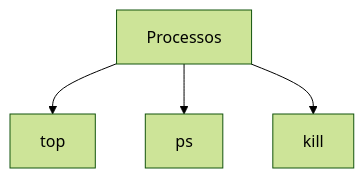
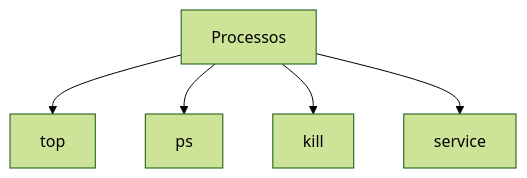
The sixth of 8 diagrams in linux/ComandosBasicos.md (jppreti/documents), drawn with Mermaid (forest theme) before and after one commit. The commit also changed other lines of this file, not shown here.

Commit message:
feat: adicionados novos comandos básicos do linux

````diff
--- a/linux/ComandosBasicos.md
+++ b/linux/ComandosBasicos.md
@@ -374,9 +438,11 @@
 ```mermaid
 flowchart TD
     Processos-->top
     Processos-->ps
     Processos-->kill
+    Processos-->service
     click top "https://github.com/jppreti/documents/blob/main/linux/ComandosBasicos.md#top"
     click ps "https://github.com/jppreti/documents/blob/main/linux/ComandosBasicos.md#kill"
     click kill "https://github.com/jppreti/documents/blob/main/linux/ComandosBasicos.md#kill"
+    click service "https://github.com/jppreti/documents/blob/main/linux/ComandosBasicos.md#service"
 ```
````
